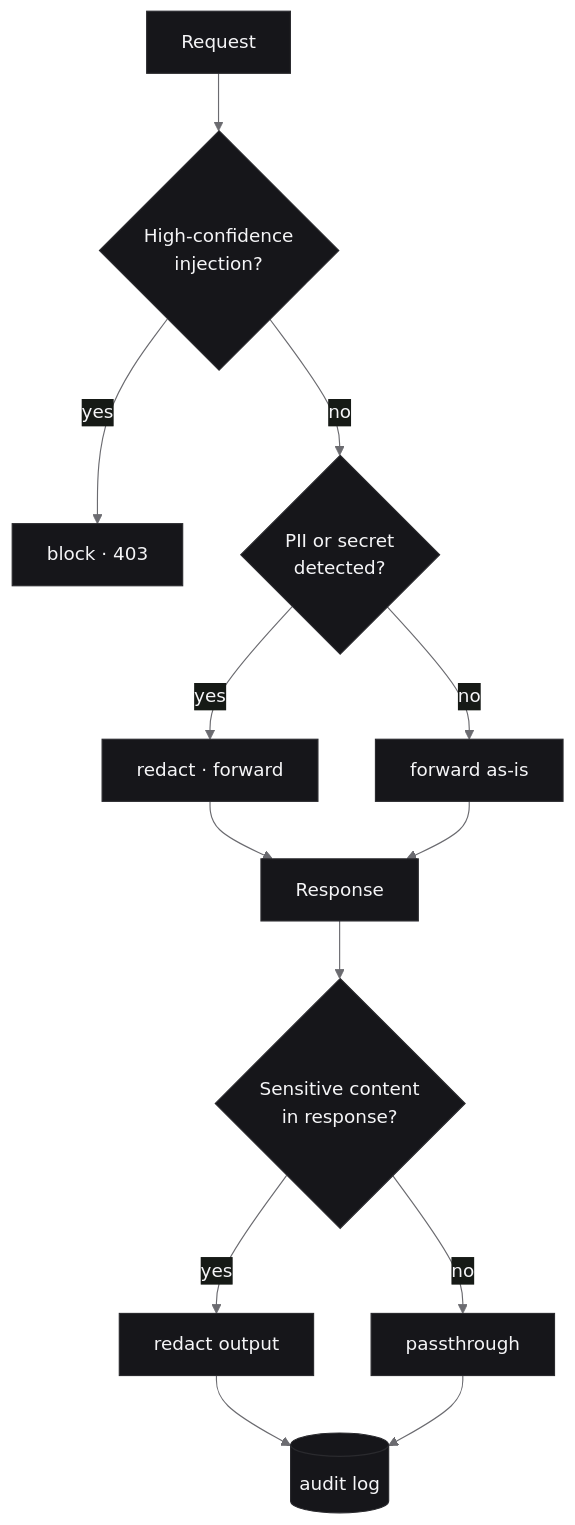
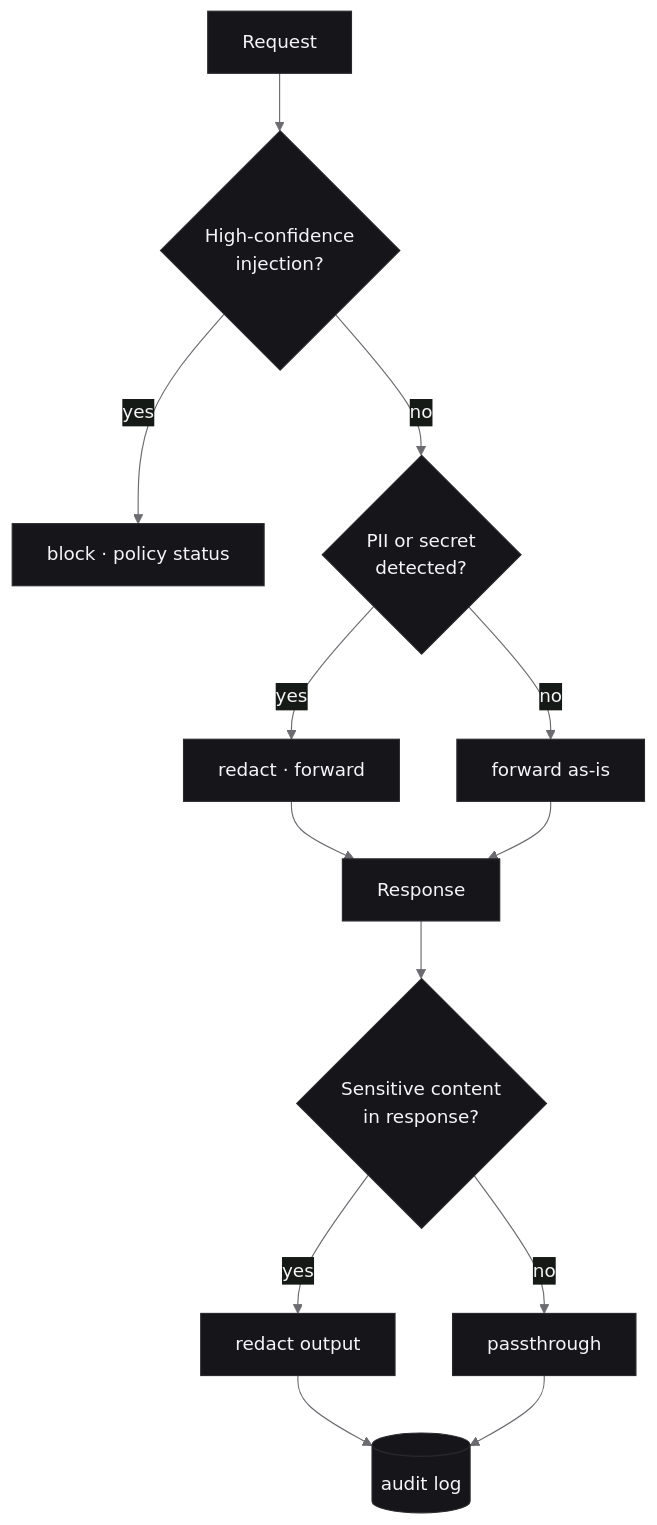
Before and after one commit to yushui2022/LLM-WAF: the third of 3 diagrams in README.md, drawn with Mermaid. The commit also changed other lines of this file, not shown here.

Commit message:
docs: document route policy configuration

````diff
--- a/README.md
+++ b/README.md
@@ -259,23 +308,23 @@
 ```mermaid
 %%{init: {'theme':'base','themeVariables':{
   'background':'#0a0a0b',
   'primaryColor':'#16161a',
   'primaryTextColor':'#f5f5f7',
   'primaryBorderColor':'#2a2a2e',
   'lineColor':'#6b6b70',
   'fontFamily':'ui-sans-serif, -apple-system, Segoe UI, sans-serif'
 }}}%%
 flowchart TB
     R[Request] --> Q1{High-confidence<br/>injection?}
-    Q1 -- yes --> B[block · 403]
+    Q1 -- yes --> B[block · policy status]
     Q1 -- no --> Q2{PII or secret<br/>detected?}
     Q2 -- yes --> RD[redact · forward]
     Q2 -- no --> FW[forward as-is]
     RD --> RESP[Response]
     FW --> RESP
     RESP --> Q3{Sensitive content<br/>in response?}
     Q3 -- yes --> RO[redact output]
     Q3 -- no --> PA[passthrough]
     RO --> AUD[(audit log)]
     PA --> AUD
 ```
````
